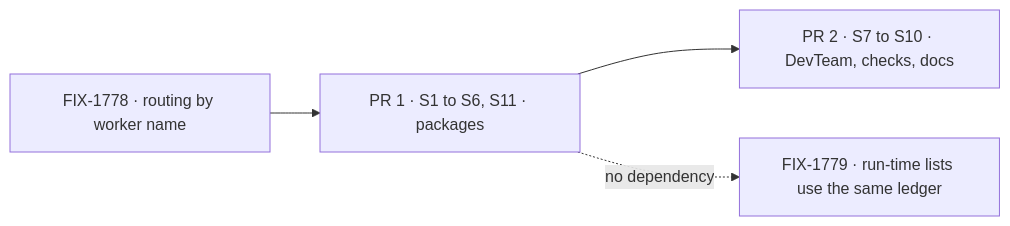
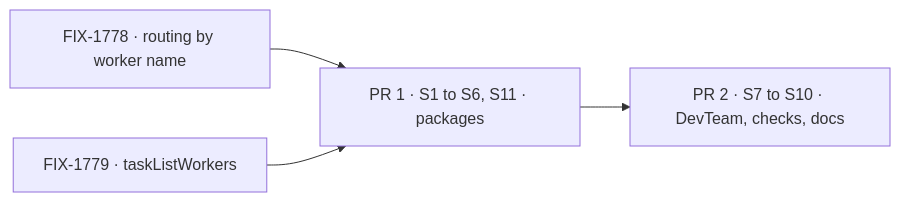
One commit to fixpoint-labs/flow-state-dev changed the diagram in specs/issues/FIX-1777/PLAN.md. Above: the diagram before and after it, drawn with Mermaid. The commit also changed other lines of this file and 1 other file, not shown here.

First line of the commit message:
FIX-1777 spec: apply FIX-1779's recorded removals; fix PR-plan diagram

````diff
--- a/specs/issues/FIX-1777/PLAN.md
+++ b/specs/issues/FIX-1777/PLAN.md
@@ -28,6 +28,6 @@
 ```mermaid
 flowchart LR
   F["FIX-1778 · routing by worker name"] --> P1["PR 1 · S1 to S6, S11 · packages"]
   P1 --> P2["PR 2 · S7 to S10 · DevTeam, checks, docs"]
-  P1 -.->|"no dependency"| X["FIX-1779 · run-time lists use the same ledger"]
+  X["FIX-1779 · taskListWorkers"] --> P1
 ```
````
